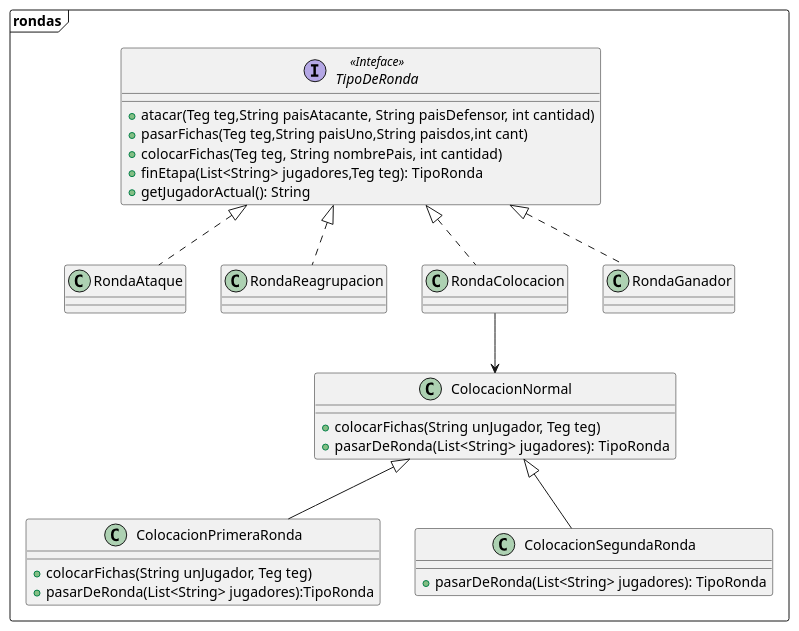
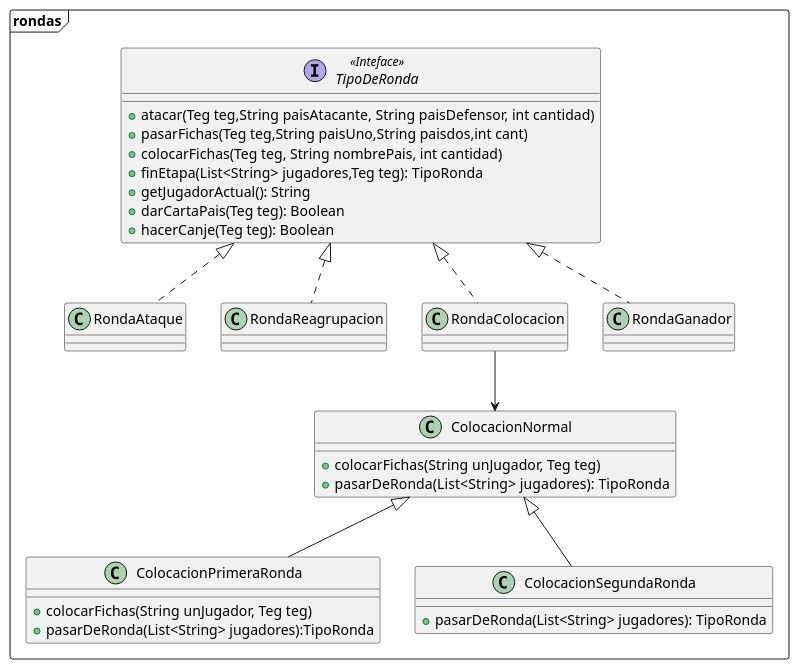
The diagram in docs/Diagramas/Codigo/clase_package_rondas.puml (mpata2000/Algo3-TP2-TEG), drawn with PlantUML before and after one commit.

Commit message:
Arreglo uml

```diff
--- a/docs/Diagramas/Codigo/clase_package_rondas.puml
+++ b/docs/Diagramas/Codigo/clase_package_rondas.puml
@@ -1,45 +1,47 @@
 @startuml clases_package_rondas-v1
 'https://plantuml.com/class-diagram
 
 package "rondas" <<frame>>{
 
 interface TipoDeRonda <<Inteface>>{
     + atacar(Teg teg,String paisAtacante, String paisDefensor, int cantidad)
     + pasarFichas(Teg teg,String paisUno,String paisdos,int cant)
     + colocarFichas(Teg teg, String nombrePais, int cantidad)
     + finEtapa(List<String> jugadores,Teg teg): TipoRonda
     + getJugadorActual(): String
+    + darCartaPais(Teg teg): Boolean
+    + hacerCanje(Teg teg): Boolean
 }
 
 class RondaAtaque{}
 
 class RondaReagrupacion{}
 
 class RondaColocacion{}
 
 class RondaGanador{}
 
 class ColocacionNormal{
     + colocarFichas(String unJugador, Teg teg)
     + pasarDeRonda(List<String> jugadores):  TipoRonda
 
 }
 
 class ColocacionPrimeraRonda{
     + colocarFichas(String unJugador, Teg teg)
     + pasarDeRonda(List<String> jugadores):TipoRonda
 }
 
 class ColocacionSegundaRonda{
     + pasarDeRonda(List<String> jugadores): TipoRonda
 }
 
 TipoDeRonda <|.. RondaColocacion
 TipoDeRonda <|.. RondaAtaque
 TipoDeRonda <|.. RondaReagrupacion
 TipoDeRonda <|.. RondaGanador
 RondaColocacion --> ColocacionNormal
 ColocacionNormal <|-down- ColocacionPrimeraRonda
 ColocacionNormal <|-down- ColocacionSegundaRonda
 
 @enduml
```
